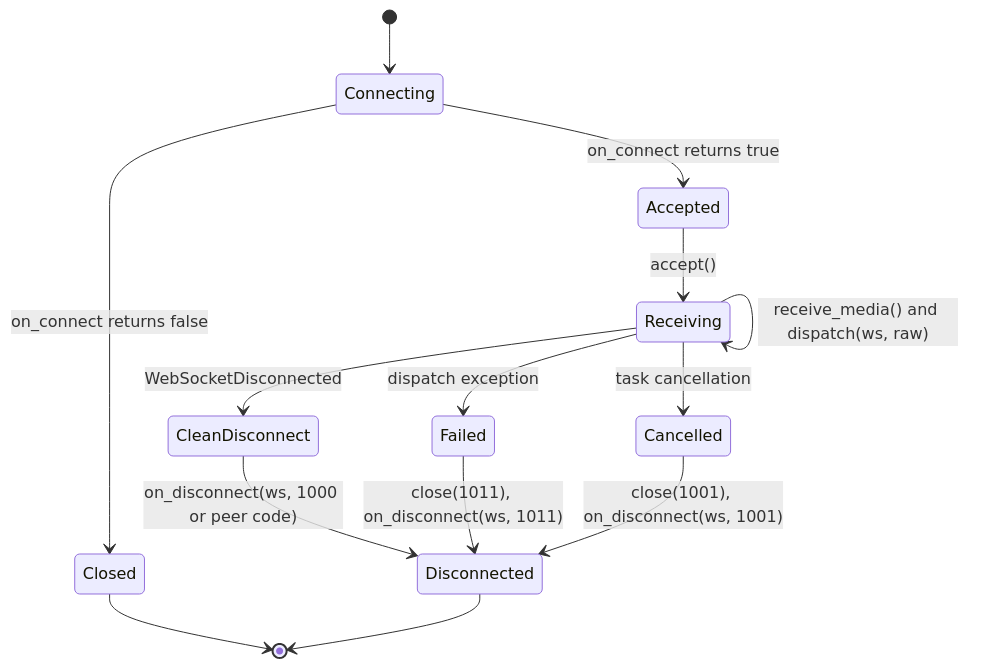
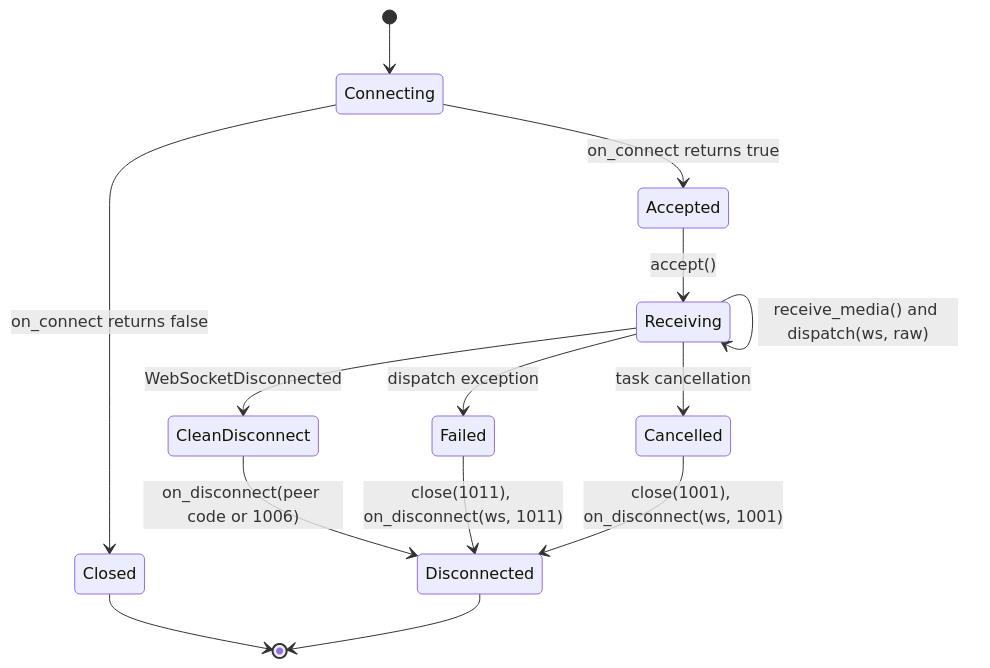
Before and after one commit to leynos/falcon-pachinko: the first of 20 diagrams in docs/falcon-websocket-extension-design.md, drawn with Mermaid. The commit also changed other lines of this file and 45 other files, not shown here.

````diff
--- a/docs/falcon-websocket-extension-design.md
+++ b/docs/falcon-websocket-extension-design.md
@@ -61,25 +69,24 @@
 ```mermaid
 stateDiagram-v2
     accTitle: WebSocket session state transitions
     accDescr {
-        The session starts while the router runs on_connect. A false result
-        closes the session; a true result leads to acceptance and a persistent
-        receive and dispatch loop. A clean disconnect, dispatch failure or
-        cancellation each invokes on_disconnect once with its corresponding
-        close code, then ends in the disconnected state.
+        The opted-in session starts while the router runs on_connect. A false
+        result closes the session; a true result leads to acceptance and a
+        persistent receive and dispatch loop. Disconnect, failure or
+        cancellation leads to cleanup and then the disconnected state.
     }
 
     [*] --> Connecting
     Connecting --> Accepted: on_connect returns true
     Connecting --> Closed: on_connect returns false
     Accepted --> Receiving: accept()
     Receiving --> Receiving: receive_media() and dispatch(ws, raw)
     Receiving --> CleanDisconnect: WebSocketDisconnected
     Receiving --> Failed: dispatch exception
     Receiving --> Cancelled: task cancellation
-    CleanDisconnect --> Disconnected: on_disconnect(ws, 1000 or peer code)
+    CleanDisconnect --> Disconnected: on_disconnect(peer code or 1006)
     Failed --> Disconnected: close(1011), on_disconnect(ws, 1011)
     Cancelled --> Disconnected: close(1001), on_disconnect(ws, 1001)
     Closed --> [*]
     Disconnected --> [*]
 ```
````
